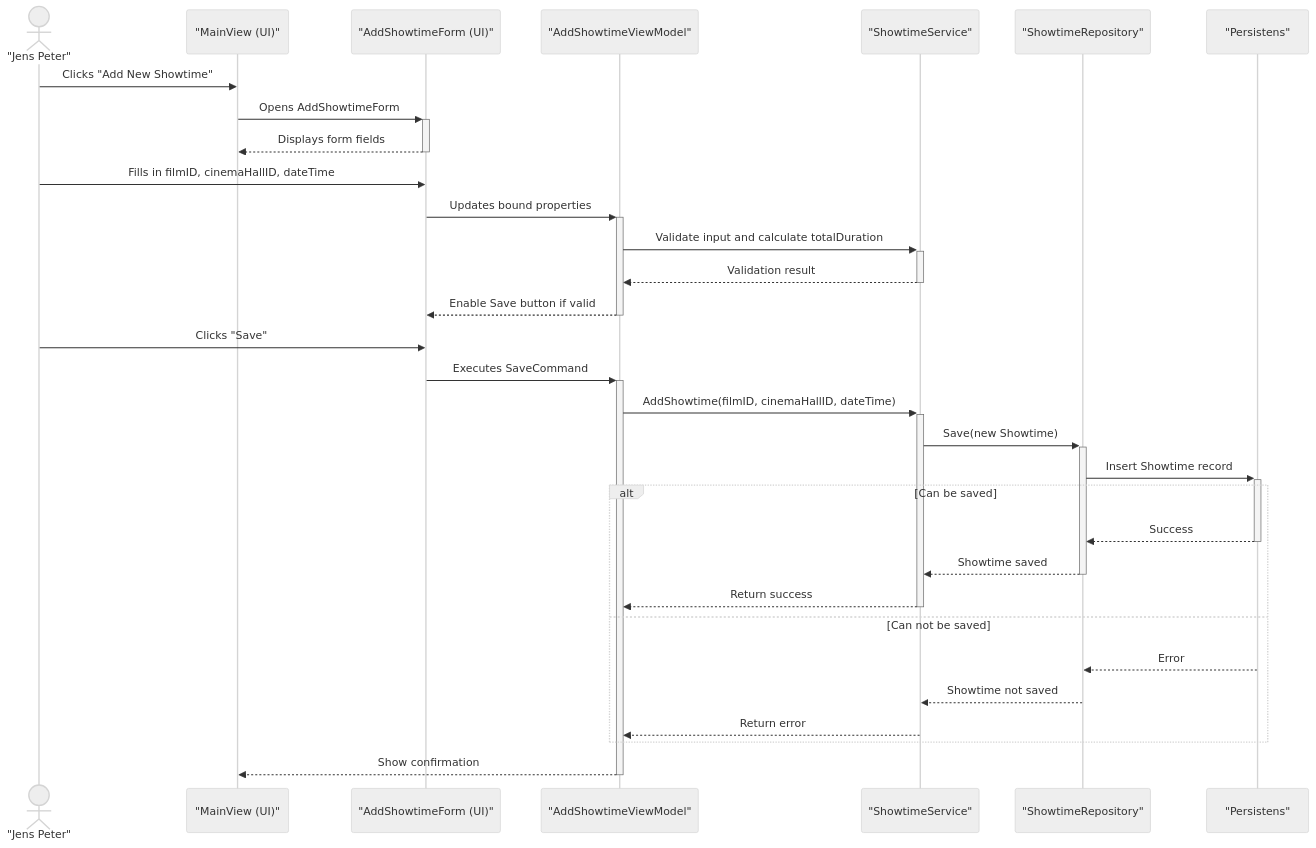
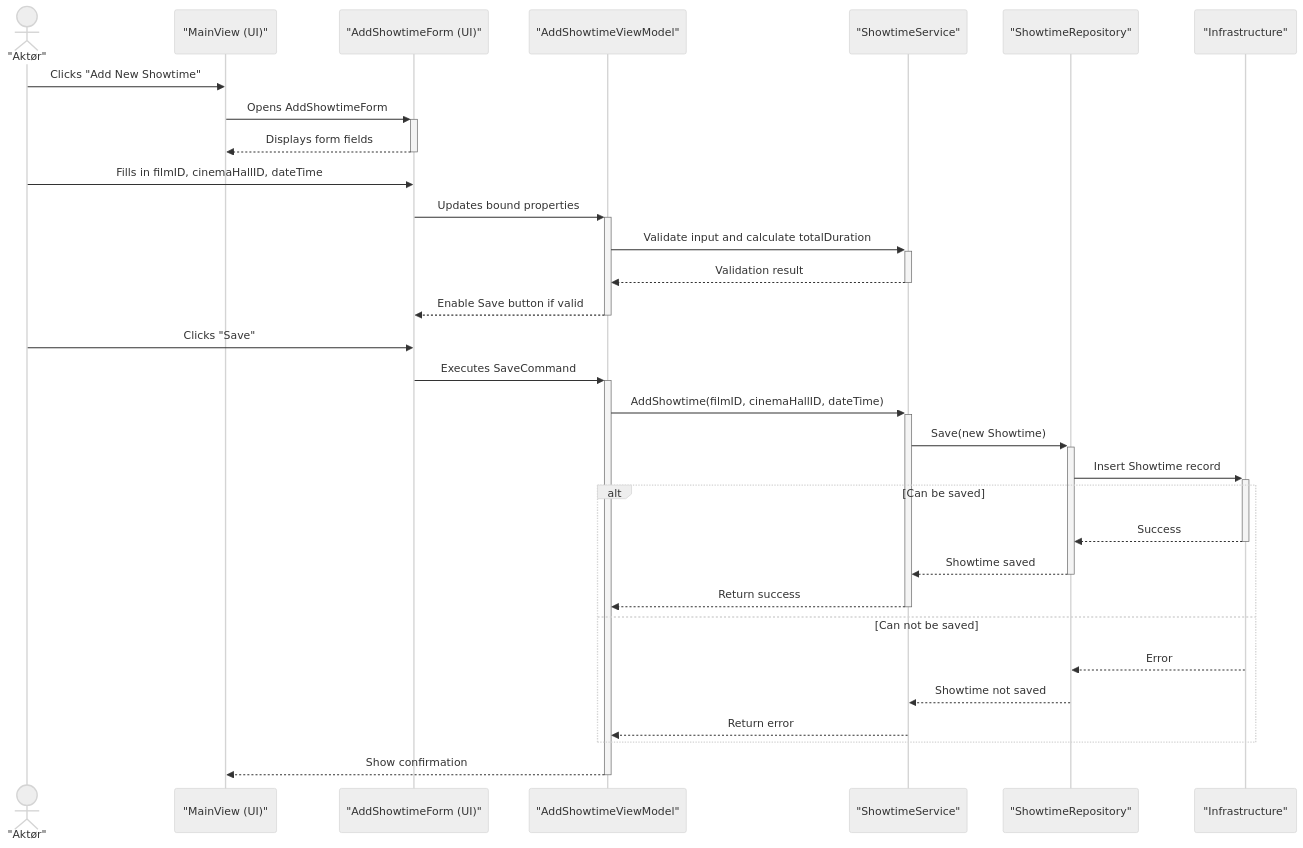
The diagram in docs/SD S2 UC4.mmd (DMOoF25/TheMovie), drawn with Mermaid (neutral theme) before and after one commit.

Commit message:
Update SD S2 UC4.mmd

```diff
--- a/docs/SD S2 UC4.mmd
+++ b/docs/SD S2 UC4.mmd
@@ -1,36 +1,36 @@
 sequenceDiagram
-    actor JensPeter as "Jens Peter"
+    actor JensPeter as "Aktør"
     participant UI as "MainView (UI)"
     participant Form as "AddShowtimeForm (UI)"
     participant VM as "AddShowtimeViewModel"
     participant Service as "ShowtimeService"
     participant Repo as "ShowtimeRepository"
-    participant DB as "Persistens"
+    participant DB as "Infrastructure"
 
     JensPeter->>UI: Clicks "Add New Showtime"
     UI->>+Form: Opens AddShowtimeForm
     Form-->>-UI: Displays form fields
 
     JensPeter->>Form: Fills in filmID, cinemaHallID, dateTime
     Form->>+VM: Updates bound properties
 
     VM->>+Service: Validate input and calculate totalDuration
     Service-->>-VM: Validation result
     VM-->>-Form: Enable Save button if valid
 
     JensPeter->>Form: Clicks "Save"
     Form->>+VM: Executes SaveCommand
 
     VM->>+Service: AddShowtime(filmID, cinemaHallID, dateTime)
     Service->>+Repo: Save(new Showtime)
     Repo->>+DB: Insert Showtime record
     alt Can be saved
     DB-->>-Repo: Success
     Repo-->>-Service: Showtime saved
     Service-->>-VM: Return success
     else Can not be saved
     DB-->>Repo: Error
     Repo-->>Service: Showtime not saved
     Service-->>VM: Return error
     end
     VM-->>-UI: Show confirmation
```
